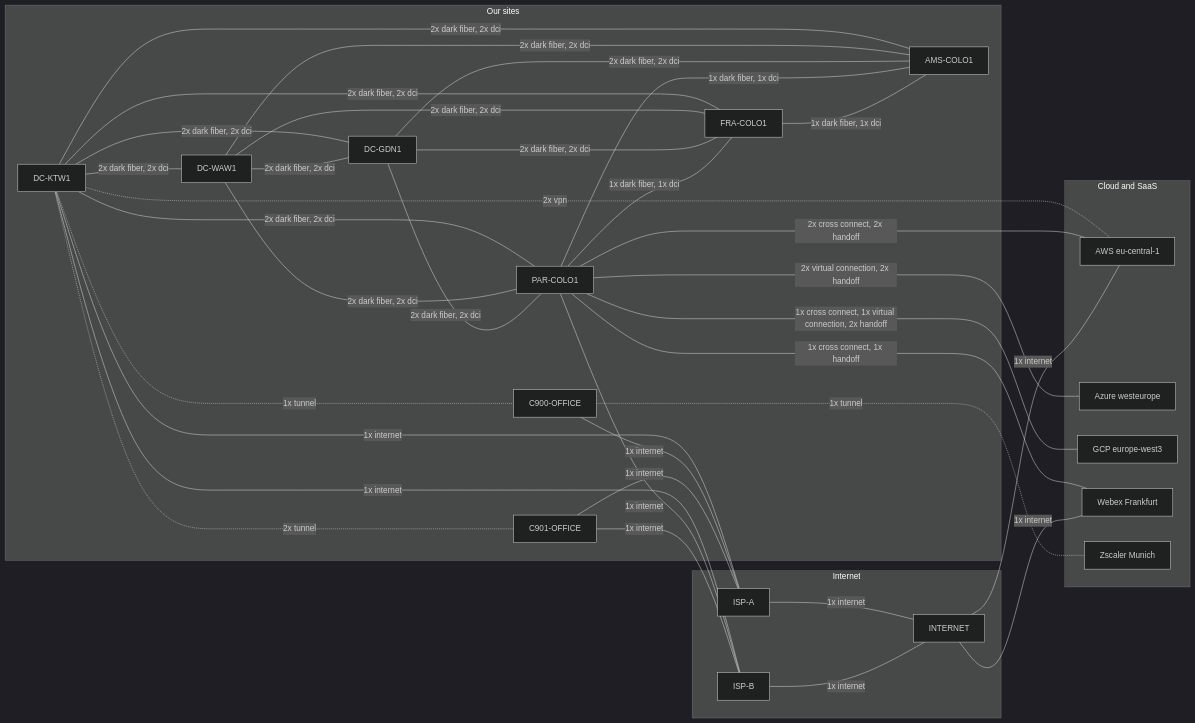
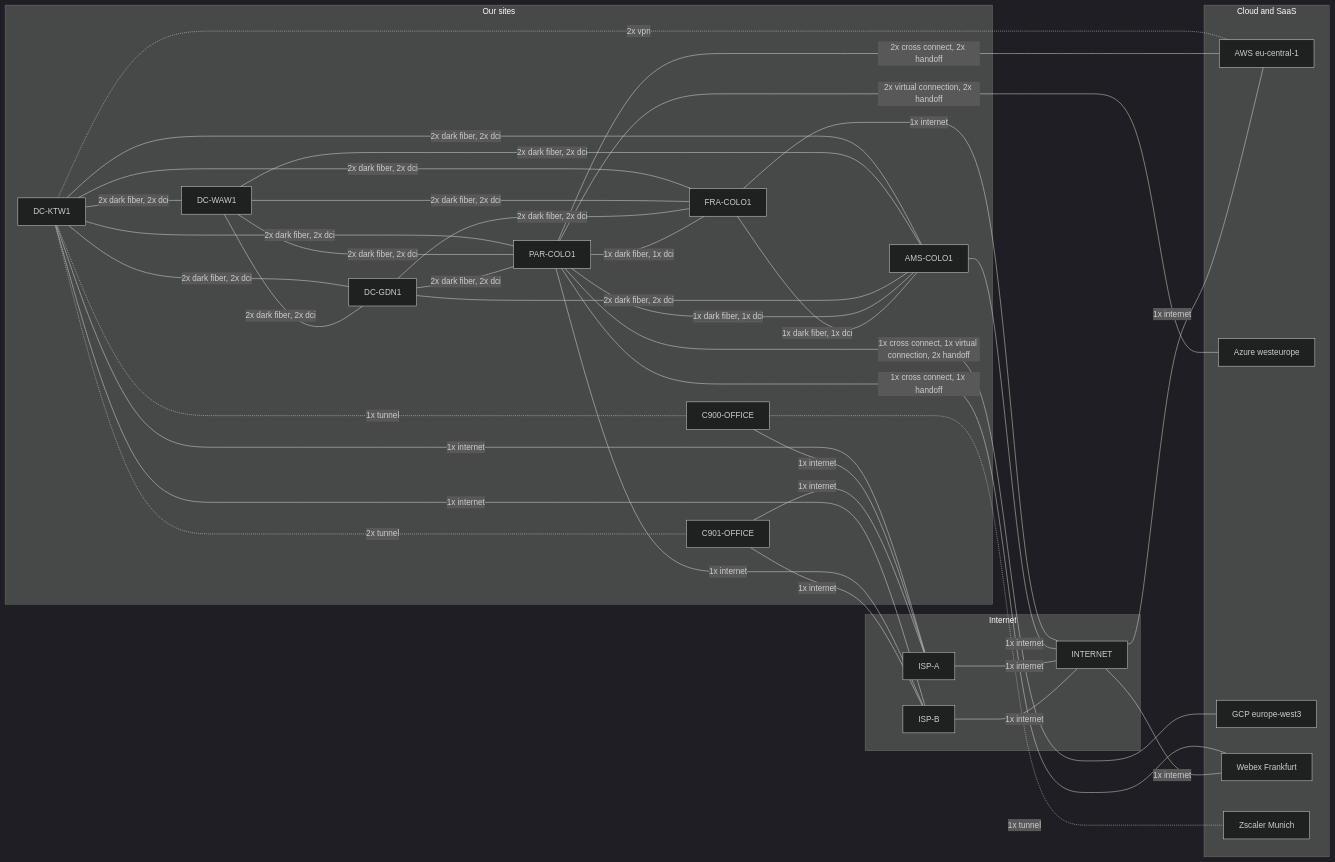
The first of 4 diagrams in data/demos/00_full_topology/README.md (t0m3kz/infrahub-demo), drawn with Mermaid (dark theme) before and after one commit. The commit also changed other lines of this file and 51 other files, not shown here.

First line of the commit message:
feat(schema): colocation interface, cage internet access and a repeatable sample load (#269)

````diff
--- a/data/demos/00_full_topology/README.md
+++ b/data/demos/00_full_topology/README.md
@@ -81,58 +81,60 @@
 ```mermaid
 flowchart LR
   subgraph SITES["Our sites"]
     DC_KTW1["DC-KTW1"]
     DC_WAW1["DC-WAW1"]
     DC_GDN1["DC-GDN1"]
     PAR_COLO1["PAR-COLO1"]
     FRA_COLO1["FRA-COLO1"]
     AMS_COLO1["AMS-COLO1"]
     C900_OFFICE["C900-OFFICE"]
     C901_OFFICE["C901-OFFICE"]
   end
   subgraph NET["Internet"]
     ISP_A["ISP-A"]
     ISP_B["ISP-B"]
     INTERNET["INTERNET"]
   end
   subgraph CLOUD["Cloud and SaaS"]
     eu_central_1["AWS eu-central-1"]
     westeurope["Azure westeurope"]
     europe_west3["GCP europe-west3"]
     WEBEX_FRANKFURT["Webex Frankfurt"]
     ZSCALER_MUNICH_I["Zscaler Munich"]
   end
   DC_KTW1 ---|"2x dark fiber, 2x dci"| DC_WAW1
   DC_KTW1 ---|"2x dark fiber, 2x dci"| DC_GDN1
   DC_KTW1 ---|"2x dark fiber, 2x dci"| PAR_COLO1
   DC_KTW1 ---|"2x dark fiber, 2x dci"| FRA_COLO1
   DC_KTW1 ---|"2x dark fiber, 2x dci"| AMS_COLO1
   DC_KTW1 -.-|"1x tunnel"| C900_OFFICE
   DC_KTW1 -.-|"2x tunnel"| C901_OFFICE
   DC_KTW1 ---|"1x internet"| ISP_A
   DC_KTW1 ---|"1x internet"| ISP_B
   DC_KTW1 -.-|"2x vpn"| eu_central_1
   DC_WAW1 ---|"2x dark fiber, 2x dci"| DC_GDN1
   DC_WAW1 ---|"2x dark fiber, 2x dci"| PAR_COLO1
   DC_WAW1 ---|"2x dark fiber, 2x dci"| FRA_COLO1
   DC_WAW1 ---|"2x dark fiber, 2x dci"| AMS_COLO1
   DC_GDN1 ---|"2x dark fiber, 2x dci"| PAR_COLO1
   DC_GDN1 ---|"2x dark fiber, 2x dci"| FRA_COLO1
   DC_GDN1 ---|"2x dark fiber, 2x dci"| AMS_COLO1
   PAR_COLO1 ---|"1x dark fiber, 1x dci"| FRA_COLO1
   PAR_COLO1 ---|"1x dark fiber, 1x dci"| AMS_COLO1
   PAR_COLO1 ---|"1x internet"| ISP_B
   PAR_COLO1 ---|"2x cross connect, 2x handoff"| eu_central_1
   PAR_COLO1 ---|"2x virtual connection, 2x handoff"| westeurope
   PAR_COLO1 ---|"1x cross connect, 1x virtual connection, 2x handoff"| europe_west3
   PAR_COLO1 ---|"1x cross connect, 1x handoff"| WEBEX_FRANKFURT
   FRA_COLO1 ---|"1x dark fiber, 1x dci"| AMS_COLO1
+  FRA_COLO1 ---|"1x internet"| INTERNET
+  AMS_COLO1 ---|"1x internet"| INTERNET
   C900_OFFICE ---|"1x internet"| ISP_A
   C900_OFFICE -.-|"1x tunnel"| ZSCALER_MUNICH_I
   C901_OFFICE ---|"1x internet"| ISP_A
   C901_OFFICE ---|"1x internet"| ISP_B
   ISP_A ---|"1x internet"| INTERNET
   ISP_B ---|"1x internet"| INTERNET
   INTERNET ---|"1x internet"| eu_central_1
   INTERNET ---|"1x internet"| WEBEX_FRANKFURT
 ```
````
